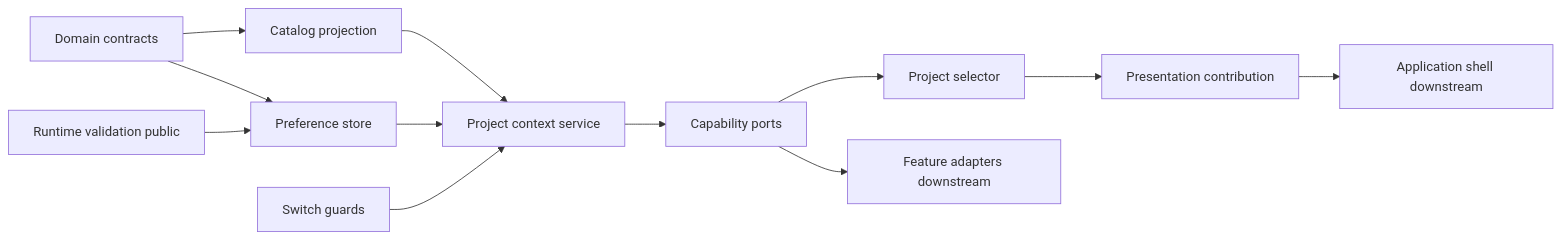
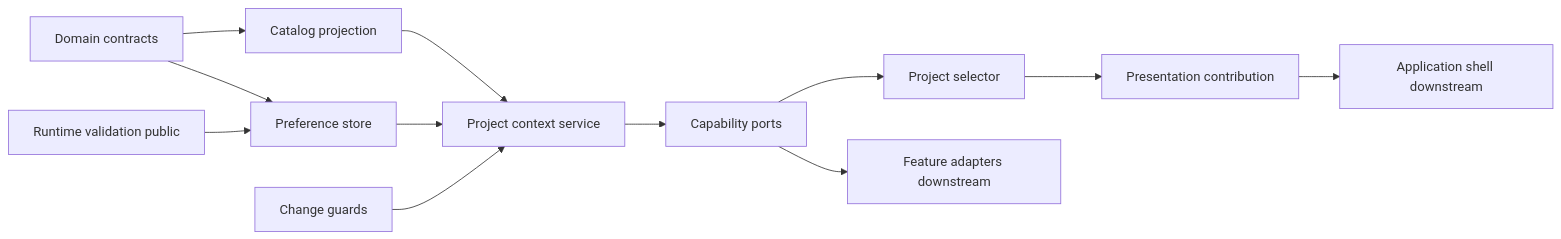
Before and after one commit to Huruikagi/pc-build-planner: the first of 4 diagrams in .kiro/specs/project-context/design.md, drawn with Mermaid. The commit also changed other lines of this file and 19 other files, not shown here.

````diff
--- a/.kiro/specs/project-context/design.md
+++ b/.kiro/specs/project-context/design.md
@@ -77,26 +79,26 @@
 ```mermaid
 graph LR
     Domain[Domain contracts]
     Validation[Runtime validation public]
     Catalog[Catalog projection]
     Preference[Preference store]
-    Guards[Switch guards]
+    Guards[Change guards]
     Service[Project context service]
     PublicPorts[Capability ports]
     Selector[Project selector]
     Presentation[Presentation contribution]
     Shell[Application shell downstream]
     Features[Feature adapters downstream]
 
     Domain --> Catalog
     Domain --> Preference
     Validation --> Preference
     Catalog --> Service
     Preference --> Service
     Guards --> Service
     Service --> PublicPorts
     PublicPorts --> Selector
     Selector --> Presentation
     Presentation --> Shell
     PublicPorts --> Features
 ```
````
